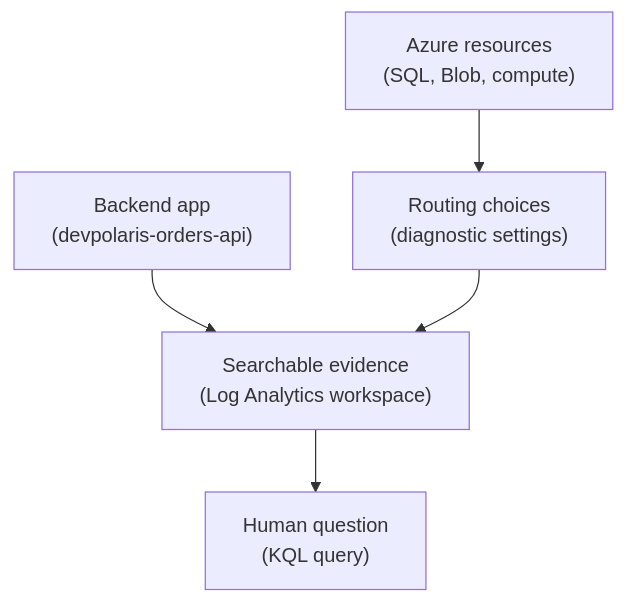
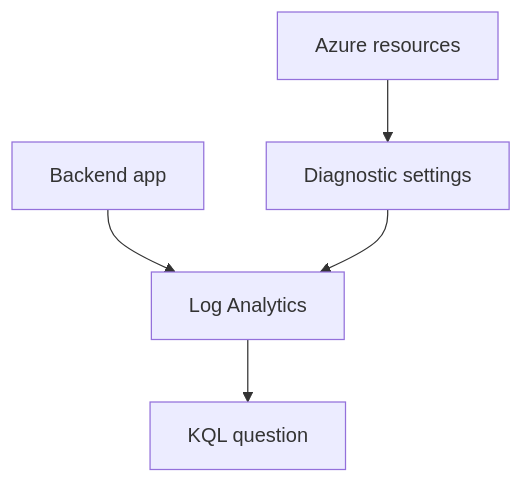
Before and after one commit to senlinyy/dev-roadmaps: the diagram in cloud-providers/azure/observability/azure-monitor-and-log-analytics.md, drawn with Mermaid. The commit also changed 141 other files, not shown here.

````diff
--- a/cloud-providers/azure/observability/azure-monitor-and-log-analytics.md
+++ b/cloud-providers/azure/observability/azure-monitor-and-log-analytics.md
@@ -94,13 +94,13 @@
 ```mermaid
 flowchart TD
-    App["Backend app<br/>(devpolaris-orders-api)"]
-    Resources["Azure resources<br/>(SQL, Blob, compute)"]
-    Settings["Routing choices<br/>(diagnostic settings)"]
-    Workspace["Searchable evidence<br/>(Log Analytics workspace)"]
-    Query["Human question<br/>(KQL query)"]
+    App["Backend app"]
+    Resources["Azure resources"]
+    Settings["Diagnostic settings"]
+    Workspace["Log Analytics"]
+    Query["KQL question"]
 
     App --> Workspace
     Resources --> Settings
     Settings --> Workspace
     Workspace --> Query
 ```
````
